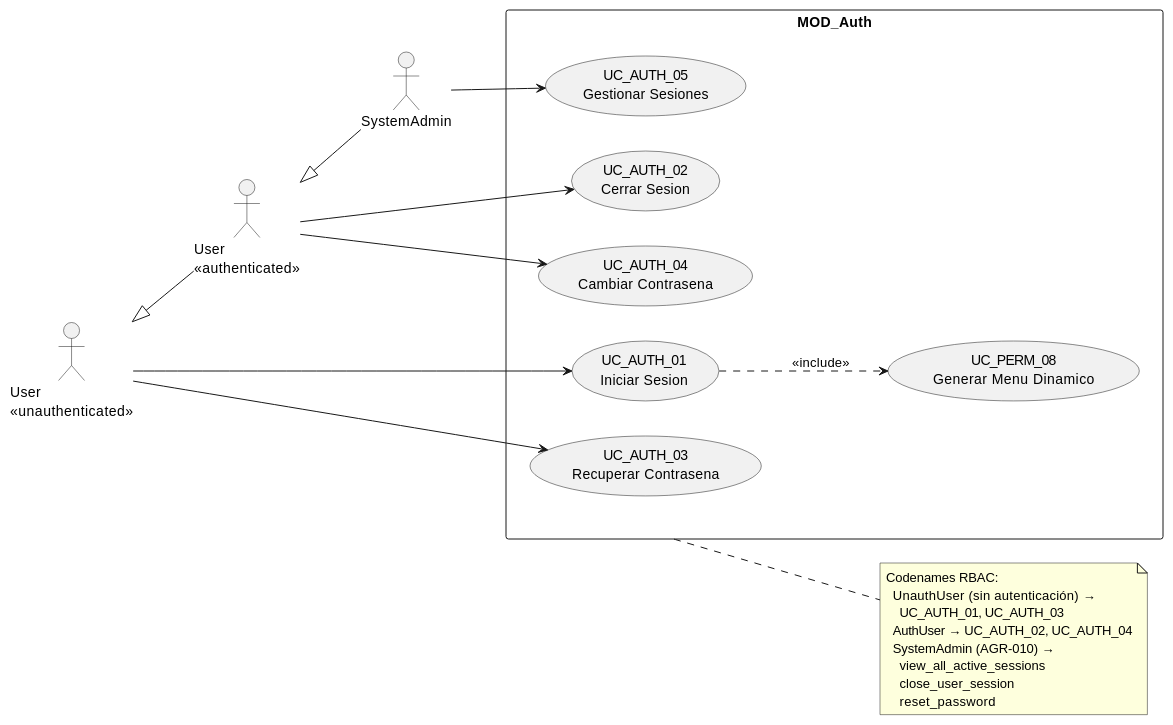
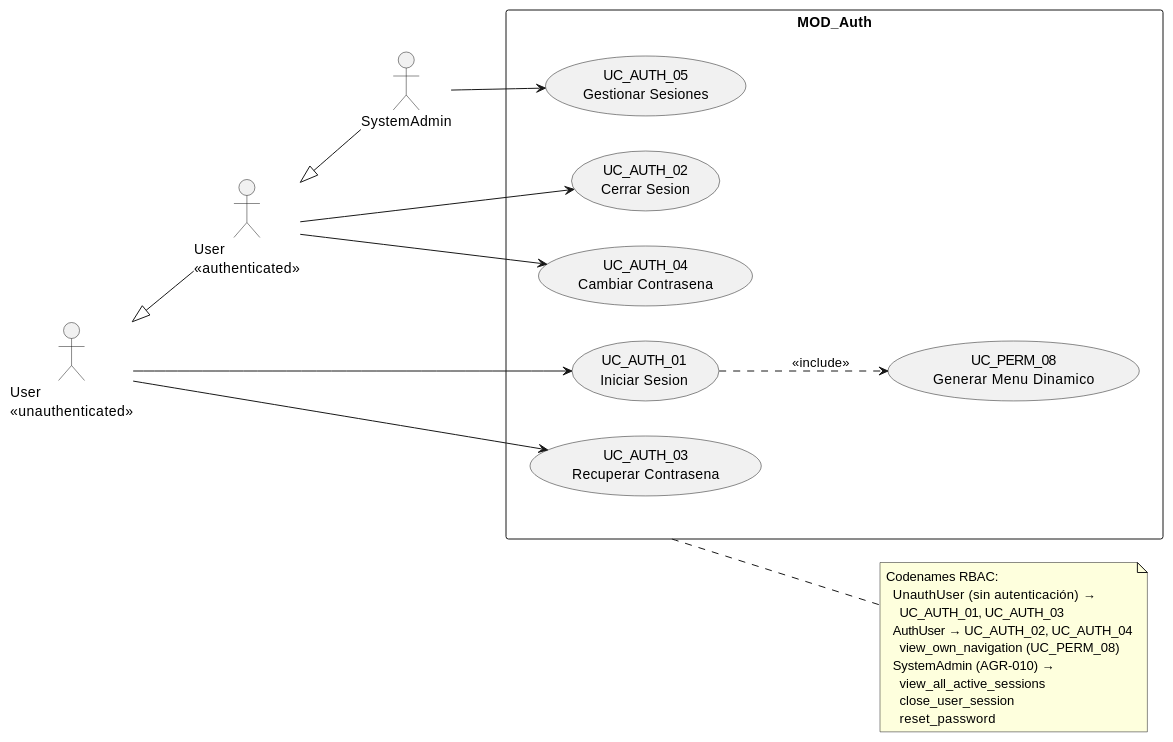
The diagram in source/arquitectura-tecnica/use-case-view/uc-auth.rst (jcg-admin/IACT-docs), drawn with PlantUML before and after one commit. The commit also changed 3 other files, not shown here.

```diff
--- a/source/arquitectura-tecnica/use-case-view/uc-auth.rst
+++ b/source/arquitectura-tecnica/use-case-view/uc-auth.rst
@@ -23,43 +23,44 @@
 .. uml::
  :caption: MOD_Auth — actores con jerarquía
            Usuario → Autenticado → SystemAdmin.
 
  @startuml
  left to right direction
 
  actor "User\n<<unauthenticated>>" as UnauthUser
  actor "User\n<<authenticated>>"   as AuthUser
  actor SystemAdmin
 
  UnauthUser <|-- AuthUser
  AuthUser   <|-- SystemAdmin
 
  rectangle "MOD_Auth" {
    usecase "UC_AUTH_01\nIniciar Sesion" as INICIAR_SESION
    usecase "UC_AUTH_02\nCerrar Sesion" as CERRAR_SESION
    usecase "UC_AUTH_03\nRecuperar Contrasena" as RECUPERAR_CONTRASENA
    usecase "UC_AUTH_04\nCambiar Contrasena" as CAMBIAR_CONTRASENA
    usecase "UC_AUTH_05\nGestionar Sesiones" as GESTIONAR_SESIONES
    usecase "UC_PERM_08\nGenerar Menu Dinamico" as GENERAR_MENU_DINAMICO
  }
 
  UnauthUser --> INICIAR_SESION
  UnauthUser --> RECUPERAR_CONTRASENA
  AuthUser   --> CERRAR_SESION
  AuthUser   --> CAMBIAR_CONTRASENA
  SystemAdmin --> GESTIONAR_SESIONES
 
  INICIAR_SESION ..> GENERAR_MENU_DINAMICO : <<include>>
 
  note right of MOD_Auth
    Codenames RBAC:
      UnauthUser (sin autenticación) →
        UC_AUTH_01, UC_AUTH_03
      AuthUser → UC_AUTH_02, UC_AUTH_04
+       view_own_navigation (UC_PERM_08)
      SystemAdmin (AGR-010) →
        view_all_active_sessions
        close_user_session
        reset_password
  end note
 
  @enduml
```
